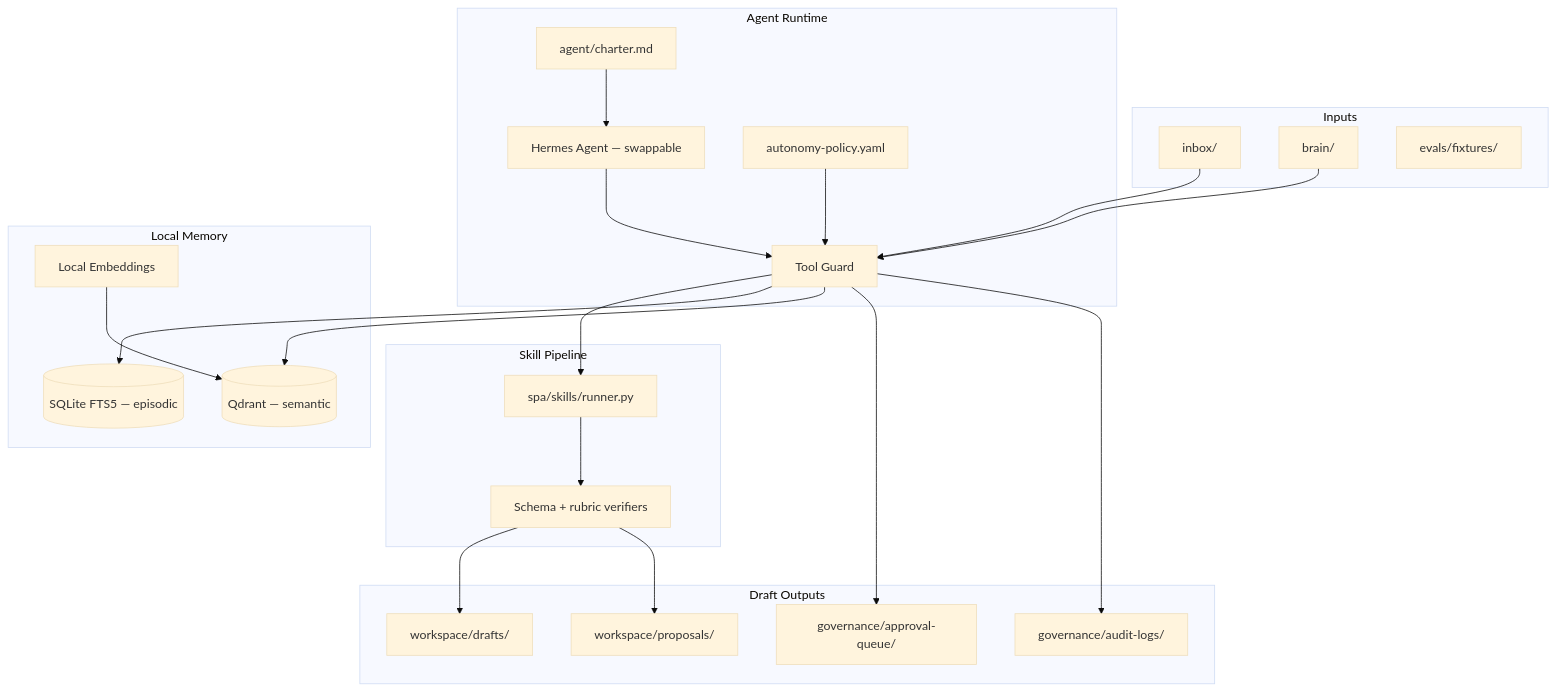
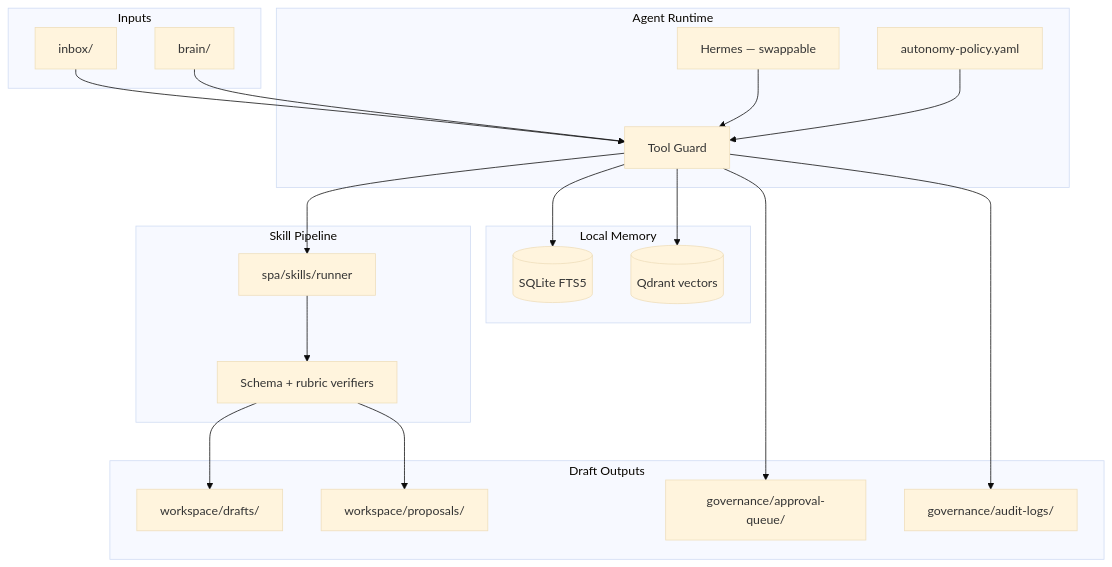
The diagram in README.md (wcbot0/Personal-GRC-Agent), drawn with Mermaid (base theme) before and after one commit. The commit also changed other lines of this file, not shown here.

````diff
--- a/README.md
+++ b/README.md
@@ -77,48 +130,43 @@
 ```mermaid
 flowchart TB
   subgraph inputs [Inputs]
     inbox[inbox/]
     brain[brain/]
-    fixtures[evals/fixtures/]
   end
 
   subgraph runtime [Agent Runtime]
-    hermes[Hermes Agent — swappable]
-    charter[agent/charter.md]
+    hermes[Hermes — swappable]
     policy[autonomy-policy.yaml]
     guard[Tool Guard]
   end
 
   subgraph memory [Local Memory]
-    sqlite[(SQLite FTS5 — episodic)]
-    qdrant[(Qdrant — semantic)]
-    embed[Local Embeddings]
+    sqlite[(SQLite FTS5)]
+    qdrant[(Qdrant vectors)]
   end
 
-  subgraph skills [Skill Pipeline]
-    runner[spa/skills/runner.py]
+  subgraph pipeline [Skill Pipeline]
+    runner[spa/skills/runner]
     verifiers[Schema + rubric verifiers]
   end
 
   subgraph outputs [Draft Outputs]
     drafts[workspace/drafts/]
     proposals[workspace/proposals/]
     cpo[governance/approval-queue/]
     audit[governance/audit-logs/]
   end
 
   inbox --> guard
   brain --> guard
   hermes --> guard
-  charter --> hermes
   policy --> guard
   guard --> runner
   runner --> verifiers
   guard --> sqlite
   guard --> qdrant
-  embed --> qdrant
   verifiers --> drafts
   verifiers --> proposals
   guard --> cpo
   guard --> audit
 ```
````
